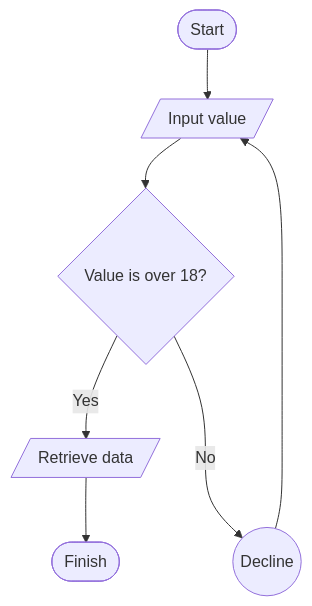
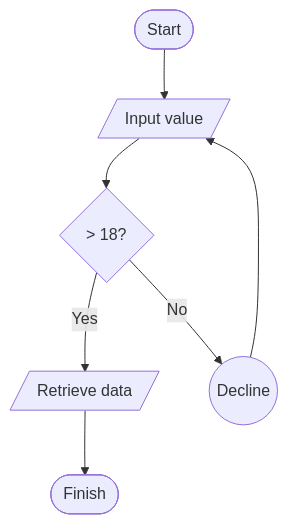
One commit to LucasBarretto86/LearningMermaid changed diagram 29 of 30 in README.md. Above: the diagram before and after it, drawn with Mermaid. The commit also changed other lines of this file, not shown here.

````diff
--- a/README.md
+++ b/README.md
@@ -359,9 +524,9 @@
 ```mermaid
 graph TD
   A([Start]) --> B[/Input value/]
-  B --> C{Value is over 18?}
+  B --> C{ > 18?}
   C --> |Yes| D[/Retrieve data/]
-  C ---> |No| E((Decline))
+  C --> |No| E((Decline))
   D --> F([Finish])
   E --> B
 ```
````
